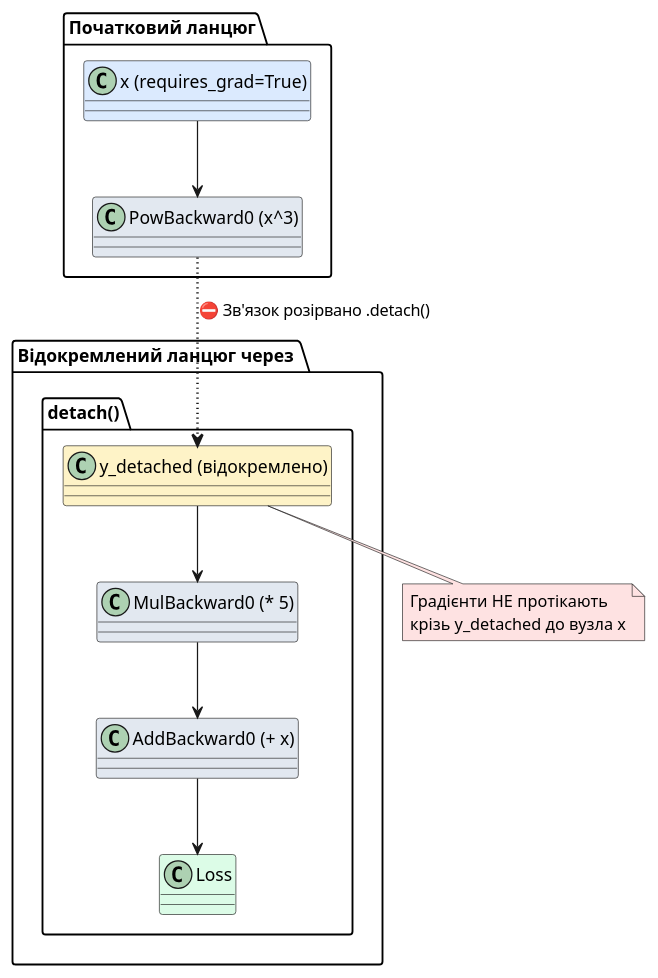
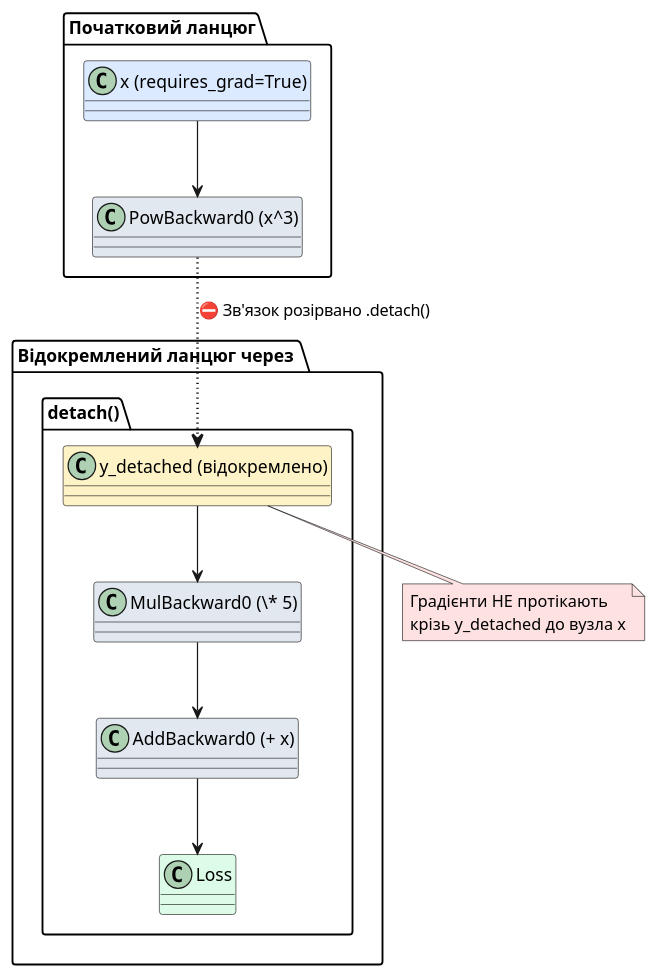
One commit to arakviel/kostyl.dev changed diagram 12 of 14 in content/16.ai-python/13.pytorch-intro/01.tensors-and-autograd.md. Above: the diagram before and after it, drawn with PlantUML. The commit also changed other lines of this file and 11 other files, not shown here.

```diff
--- a/content/16.ai-python/13.pytorch-intro/01.tensors-and-autograd.md
+++ b/content/16.ai-python/13.pytorch-intro/01.tensors-and-autograd.md
@@ -2776,28 +2801,28 @@
 @startuml
 skinparam style plain
 skinparam backgroundColor #FFFFFF
 
 package "Початковий ланцюг" {
-  class "x (requires_grad=True)" as x #DBEAFE
-  class "PowBackward0 (x^3)" as pow #E2E8F0
-  x --> pow
+class "x (requires_grad=True)" as x #DBEAFE
+class "PowBackward0 (x^3)" as pow #E2E8F0
+x --> pow
 }
 
 package "Відокремлений ланцюг через .detach()" {
-  class "y_detached (відокремлено)" as y_det #FEF3C7
-  class "MulBackward0 (* 5)" as mul #E2E8F0
-  class "AddBackward0 (+ x)" as add #E2E8F0
-  class "Loss" as loss #DCFCE7
+class "y_detached (відокремлено)" as y_det #FEF3C7
+class "MulBackward0 (\* 5)" as mul #E2E8F0
+class "AddBackward0 (+ x)" as add #E2E8F0
+class "Loss" as loss #DCFCE7
 
-  y_det --> mul
-  mul --> add
-  add --> loss
+y_det --> mul
+mul --> add
+add --> loss
 }
 
 pow -[dotted,thickness=2]-> y_det : ⛔ Зв'язок розірвано .detach()
 
 note bottom of y_det #FEE2E2
-  Градієнти НЕ протікають
-  крізь y_detached до вузла x
+Градієнти НЕ протікають
+крізь y_detached до вузла x
 end note
 @enduml
```
